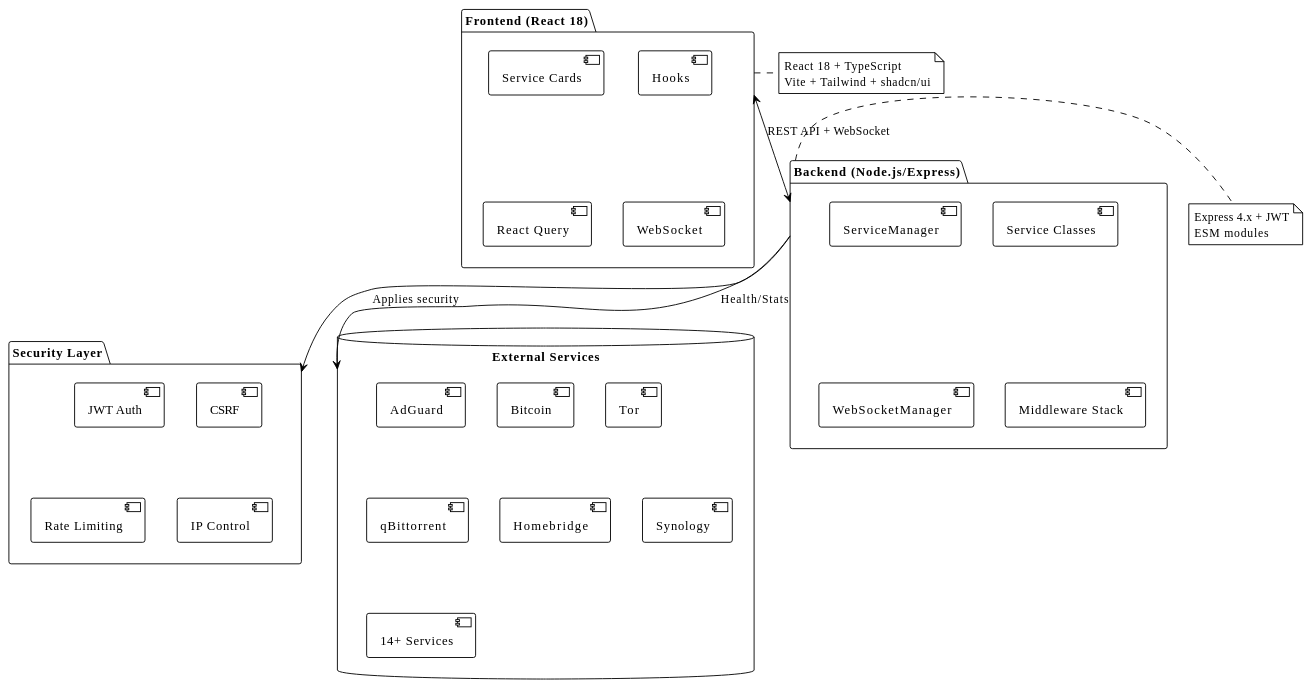
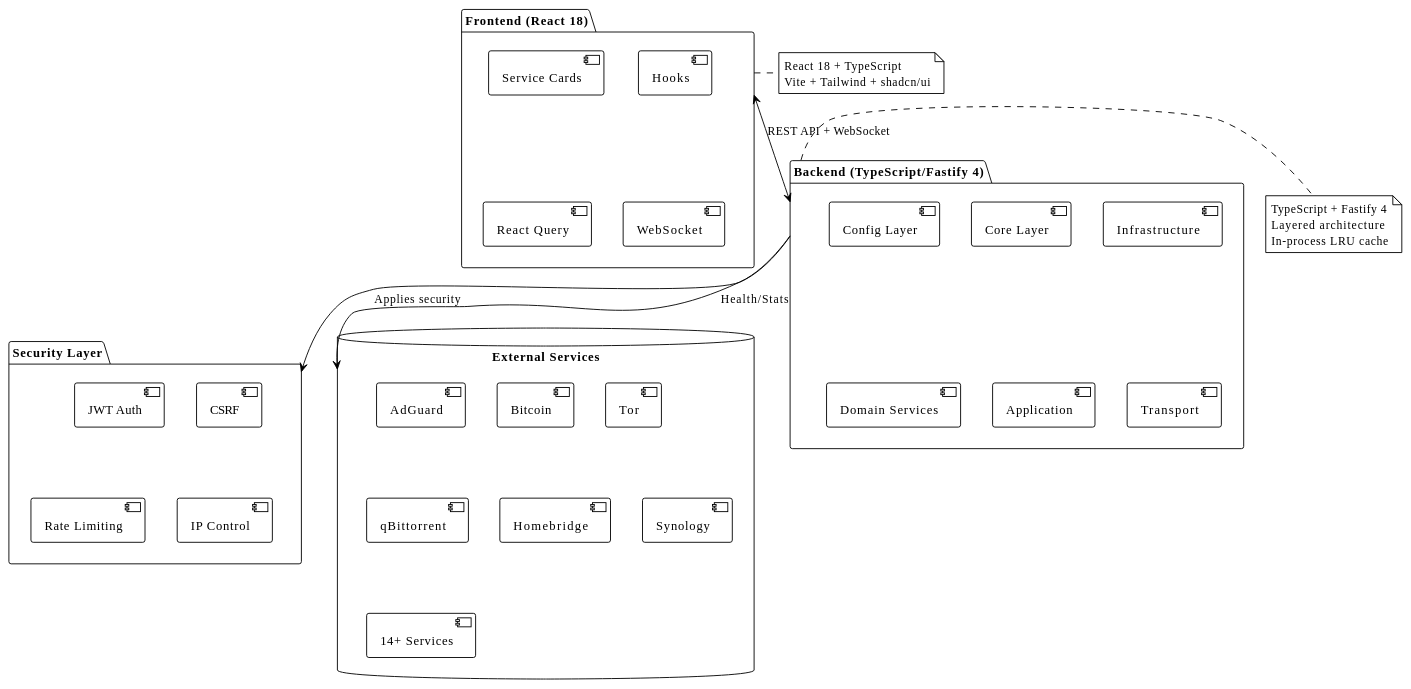
One commit to EraPartner/Watchman changed the second of 5 diagrams in docs/INDEX.md. Above: the diagram before and after it, drawn with PlantUML. The commit also changed other lines of this file and 198 other files, not shown here.

````diff
--- a/docs/INDEX.md
+++ b/docs/INDEX.md
@@ -190,50 +197,53 @@
 ```plantuml
 @startuml
 !theme plain
 
 package "Frontend (React 18)" as FE {
     [Service Cards]
     [Hooks]
     [React Query]
     [WebSocket]
 }
 
-package "Backend (Node.js/Express)" as BE {
-    [ServiceManager]
-    [Service Classes]
-    [WebSocketManager]
-    [Middleware Stack]
+package "Backend (TypeScript/Fastify 4)" as BE {
+    [Config Layer]
+    [Core Layer]
+    [Infrastructure]
+    [Domain Services]
+    [Application]
+    [Transport]
 }
 
 package "Security Layer" as SEC {
     [JWT Auth]
     [CSRF]
     [Rate Limiting]
     [IP Control]
 }
 
 database "External Services" as Ext {
     [AdGuard]
     [Bitcoin]
     [Tor]
     [qBittorrent]
     [Homebridge]
     [Synology]
     [14+ Services]
 }
 
 FE <--> BE : REST API + WebSocket
 BE --> SEC : Applies security
 BE --> Ext : Health/Stats
 
 note right of FE
   React 18 + TypeScript
   Vite + Tailwind + shadcn/ui
 end note
 
 note right of BE
-  Express 4.x + JWT
-  ESM modules
+  TypeScript + Fastify 4
+  Layered architecture
+  In-process LRU cache
 end note
 @enduml
 ```
````
